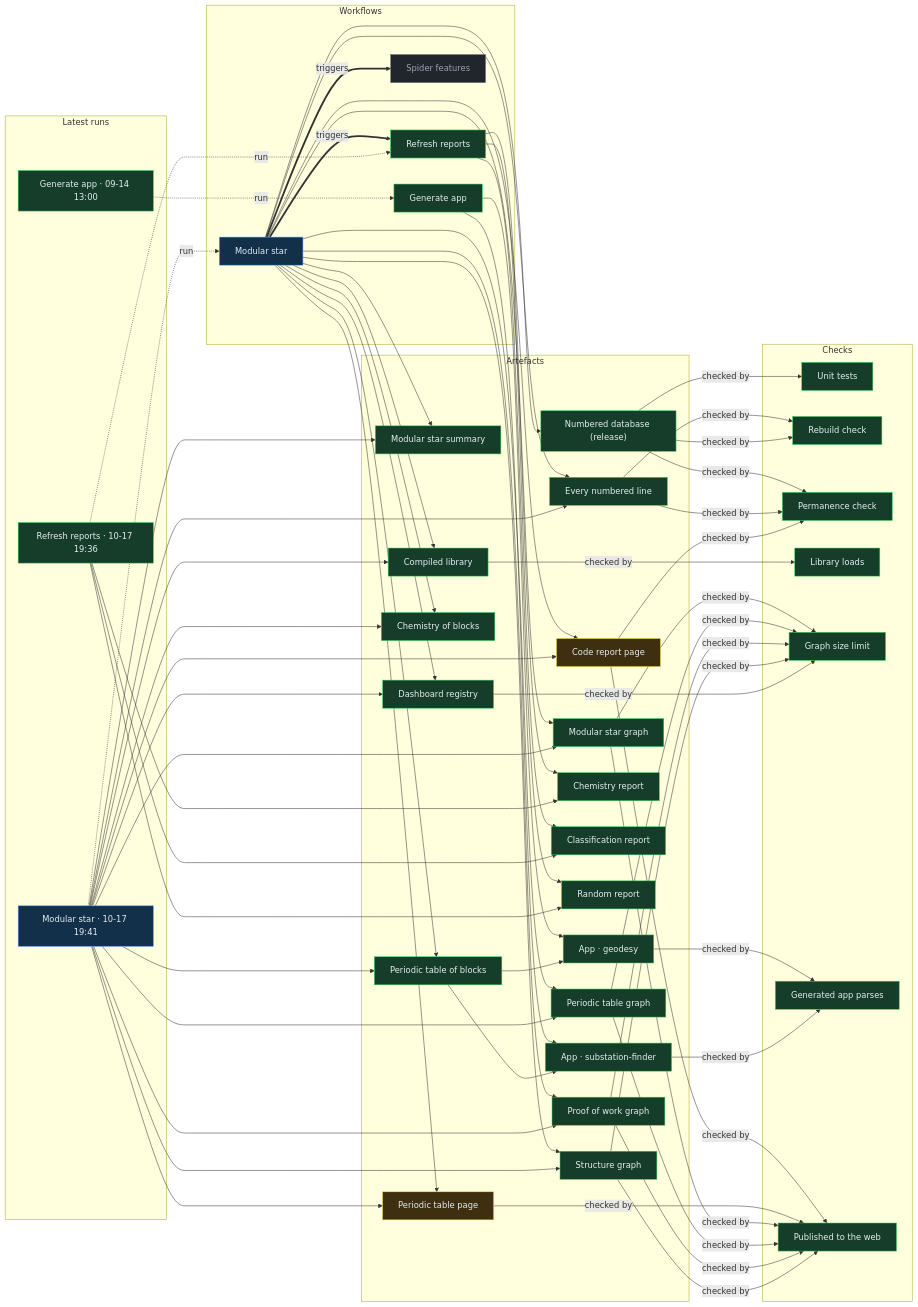
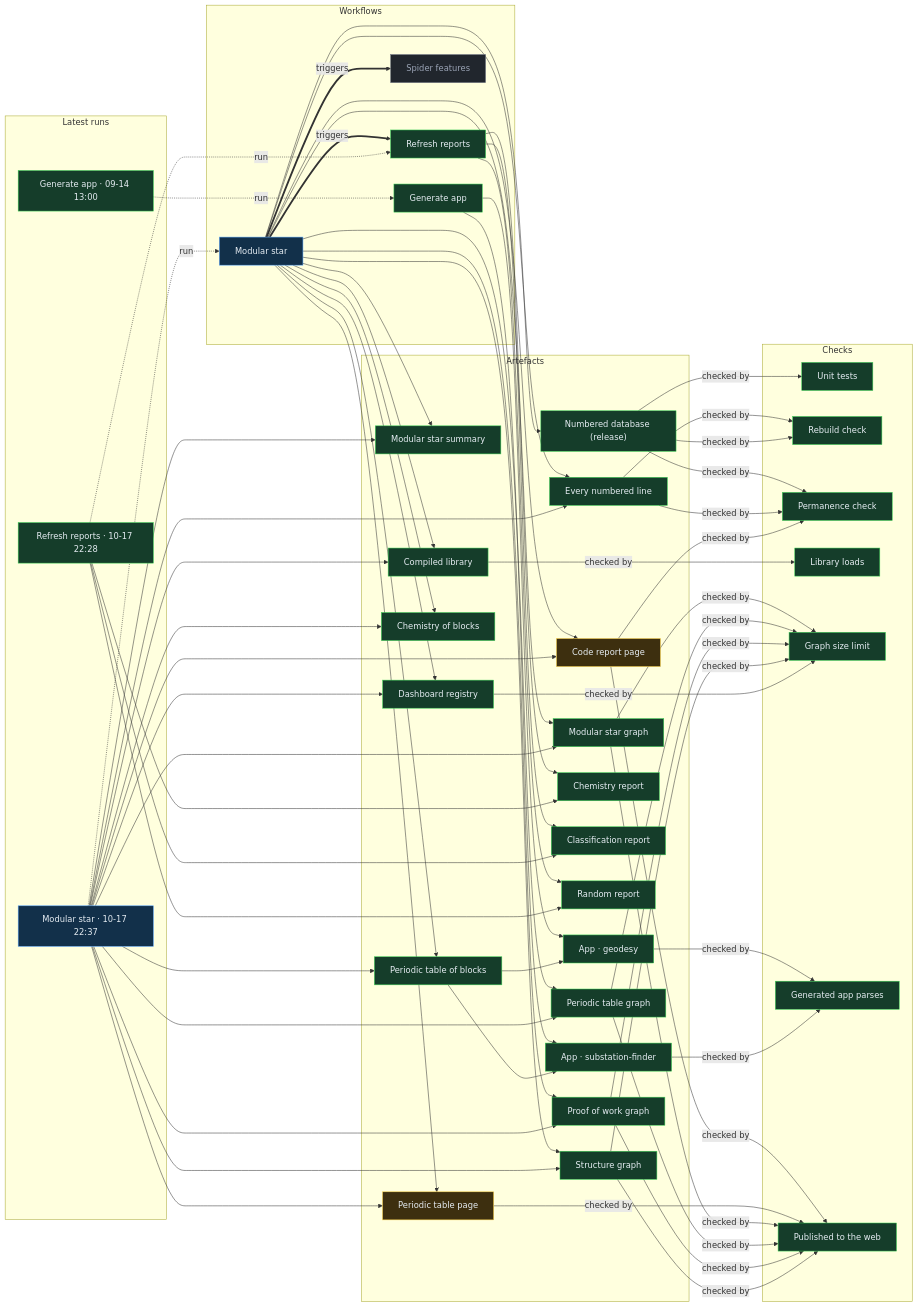
Before and after one commit to Ventusltd/stars: the diagram in proof/PROOF.md, drawn with Mermaid. The commit also changed other lines of this file and 44 other files, not shown here.

Commit message:
Modular star 2026-10-17T22:39Z

```diff
--- a/proof/PROOF.md
+++ b/proof/PROOF.md
@@ -24,8 +24,8 @@
   n_wf_spider_features["Spider features"]:::off
   end
   subgraph g_runs["Latest runs"]
-  n_run_39063564967["Modular star · 10-17 19:41"]:::live
-  n_run_39063162912["Refresh reports · 10-17 19:36"]:::ok
+  n_run_39075813475["Modular star · 10-17 22:37"]:::live
+  n_run_39075194845["Refresh reports · 10-17 22:28"]:::ok
   n_run_34846587798["Generate app · 09-14 13:00"]:::ok
   end
   subgraph g_artefacts["Artefacts"]
@@ -59,39 +59,39 @@
   end
   n_wf_modular_star == triggers ==> n_wf_refresh
   n_wf_modular_star == triggers ==> n_wf_spider_features
-  n_run_39063564967 -. run .-> n_wf_modular_star
-  n_run_39063162912 -. run .-> n_wf_refresh
+  n_run_39075813475 -. run .-> n_wf_modular_star
+  n_run_39075194845 -. run .-> n_wf_refresh
   n_run_34846587798 -. run .-> n_wf_generate
   n_wf_modular_star --> n_art_summary
-  n_run_39063564967 --> n_art_summary
+  n_run_39075813475 --> n_art_summary
   n_wf_modular_star --> n_art_lines
-  n_run_39063564967 --> n_art_lines
+  n_run_39075813475 --> n_art_lines
   n_wf_modular_star --> n_art_code
-  n_run_39063564967 --> n_art_code
+  n_run_39075813475 --> n_art_code
   n_wf_modular_star --> n_art_modular_graph
-  n_run_39063564967 --> n_art_modular_graph
+  n_run_39075813475 --> n_art_modular_graph
   n_wf_modular_star --> n_art_blocks
-  n_run_39063564967 --> n_art_blocks
+  n_run_39075813475 --> n_art_blocks
   n_wf_modular_star --> n_art_table
-  n_run_39063564967 --> n_art_table
+  n_run_39075813475 --> n_art_table
   n_wf_modular_star --> n_art_blocks_graph
-  n_run_39063564967 --> n_art_blocks_graph
+  n_run_39075813475 --> n_art_blocks_graph
   n_wf_modular_star --> n_art_reactions
-  n_run_39063564967 --> n_art_reactions
+  n_run_39075813475 --> n_art_reactions
   n_wf_modular_star --> n_art_library
-  n_run_39063564967 --> n_art_library
+  n_run_39075813475 --> n_art_library
   n_wf_modular_star --> n_art_features
-  n_run_39063564967 --> n_art_features
+  n_run_39075813475 --> n_art_features
   n_wf_modular_star --> n_art_proof
-  n_run_39063564967 --> n_art_proof
+  n_run_39075813475 --> n_art_proof
   n_wf_modular_star --> n_art_structure
-  n_run_39063564967 --> n_art_structure
+  n_run_39075813475 --> n_art_structure
   n_wf_refresh --> n_art_chemistry
-  n_run_39063162912 --> n_art_chemistry
+  n_run_39075194845 --> n_art_chemistry
   n_wf_refresh --> n_art_vedic
-  n_run_39063162912 --> n_art_vedic
+  n_run_39075194845 --> n_art_vedic
   n_wf_refresh --> n_art_random
-  n_run_39063162912 --> n_art_random
+  n_run_39075194845 --> n_art_random
   n_wf_modular_star --> n_art_release
   n_wf_generate --> n_app_geodesy
   n_art_blocks --> n_app_geodesy
```
